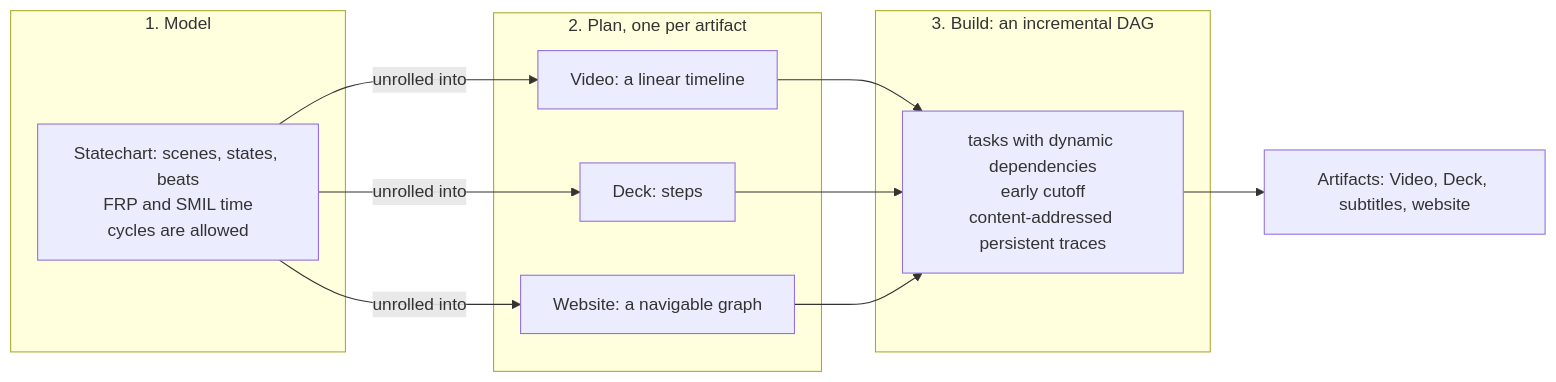
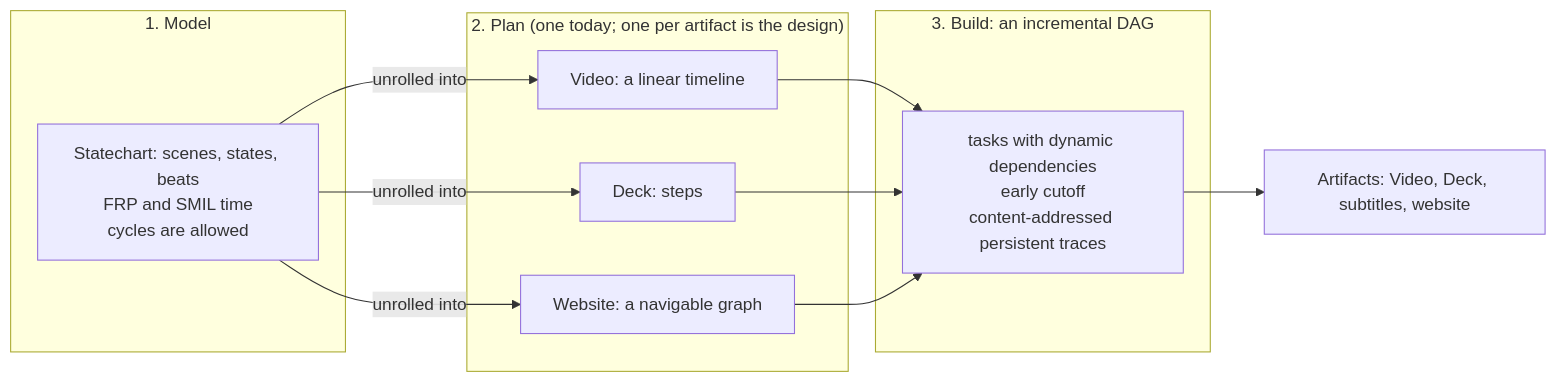
The diagram in docs/design/how-it-works.md (reebeat/reebeat), drawn with Mermaid before and after one commit. The commit also changed other lines of this file and 5 other files, not shown here.

````diff
--- a/docs/design/how-it-works.md
+++ b/docs/design/how-it-works.md
@@ -23,21 +23,21 @@
 ```mermaid
 flowchart LR
   subgraph L1["1. Model"]
     M["Statechart: scenes, states, beats<br/>FRP and SMIL time<br/>cycles are allowed"]
   end
-  subgraph L2["2. Plan, one per artifact"]
+  subgraph L2["2. Plan (one today; one per artifact is the design)"]
     P1["Video: a linear timeline"]
     P2["Deck: steps"]
     P3["Website: a navigable graph"]
   end
   subgraph L3["3. Build: an incremental DAG"]
     B["tasks with dynamic dependencies<br/>early cutoff<br/>content-addressed persistent traces"]
   end
   M -->|unrolled into| P1
   M -->|unrolled into| P2
   M -->|unrolled into| P3
   P1 --> B
   P2 --> B
   P3 --> B
   B --> O["Artifacts: Video, Deck, subtitles, website"]
 ```
````
